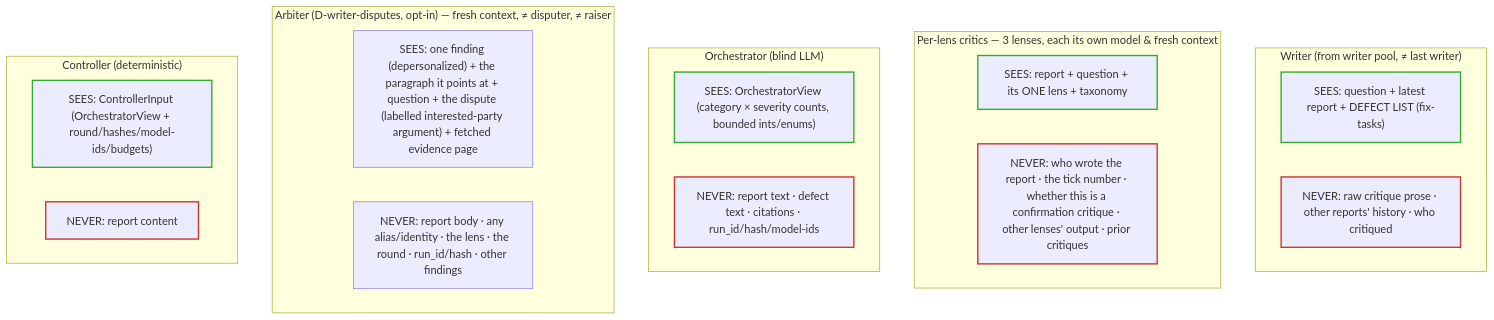
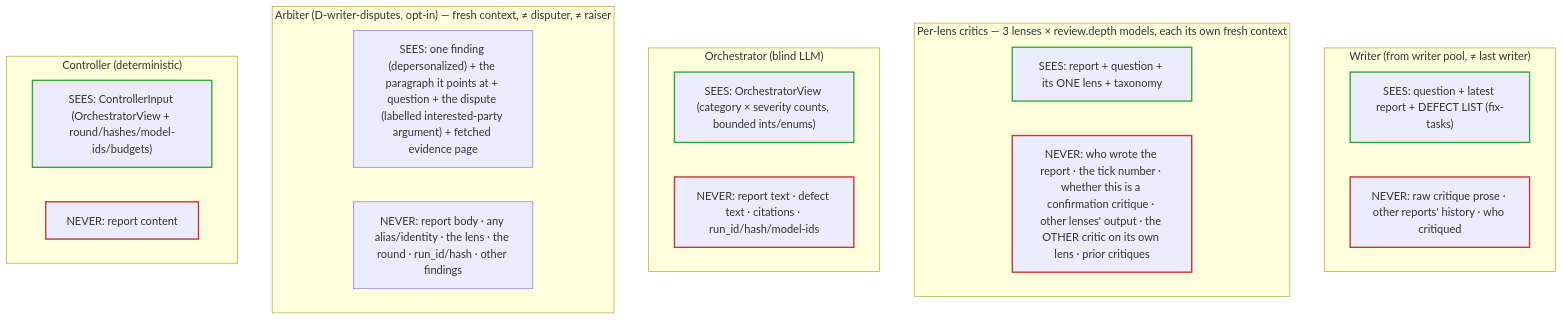
The first of 4 diagrams in docs/isolation.md (NickBorgers/reasonable-answer), drawn with Mermaid before and after one commit. The commit also changed other lines of this file and 18 other files, not shown here.

First line of the commit message:
feat(critique): run two independent critics per lens on every draft (D-front-loaded-depth)

````diff
--- a/docs/isolation.md
+++ b/docs/isolation.md
@@ -64,32 +75,32 @@
 ```mermaid
 flowchart TB
     subgraph GEN["Writer (from writer pool, ≠ last writer)"]
         Gin["SEES: question + latest report + DEFECT LIST (fix-tasks)"]
         Gno["NEVER: raw critique prose · other reports' history · who critiqued"]
     end
-    subgraph CRIT["Per-lens critics — 3 lenses, each its own model &amp; fresh context"]
+    subgraph CRIT["Per-lens critics — 3 lenses × review.depth models, each its own fresh context"]
         Cin["SEES: report + question + its ONE lens + taxonomy"]
-        Cno["NEVER: who wrote the report · the tick number · whether this is a confirmation critique · other lenses' output · prior critiques"]
+        Cno["NEVER: who wrote the report · the tick number · whether this is a confirmation critique · other lenses' output · the OTHER critic on its own lens · prior critiques"]
     end
     subgraph ORC["Orchestrator (blind LLM)"]
         Oin["SEES: OrchestratorView (category × severity counts, bounded ints/enums)"]
         Ono["NEVER: report text · defect text · citations · run_id/hash/model-ids"]
     end
     subgraph ARB["Arbiter (D-writer-disputes, opt-in) — fresh context, ≠ disputer, ≠ raiser"]
         Ain["SEES: one finding (depersonalized) + the paragraph it points at + question + the dispute (labelled interested-party argument) + fetched evidence page"]
         Ano["NEVER: report body · any alias/identity · the lens · the round · run_id/hash · other findings"]
     end
     subgraph CT["Controller (deterministic)"]
         CTin["SEES: ControllerInput (OrchestratorView + round/hashes/model-ids/budgets)"]
         CTno["NEVER: report content"]
     end
 
     %% Stroke only, no fill: a hard-coded pale fill keeps its colour in dark mode while
     %% the label turns light, leaving unreadable text. Leaving the fill alone lets the
     %% renderer pick a background that matches the surrounding page in either theme,
     %% and the see/never distinction rides on the border colour instead.
     classDef see stroke:#3a3,stroke-width:2px;
     classDef no stroke:#c33,stroke-width:2px;
     class Gin,Cin,Oin,CTin see;
     class Gno,Cno,Ono,CTno no;
 ```
````
